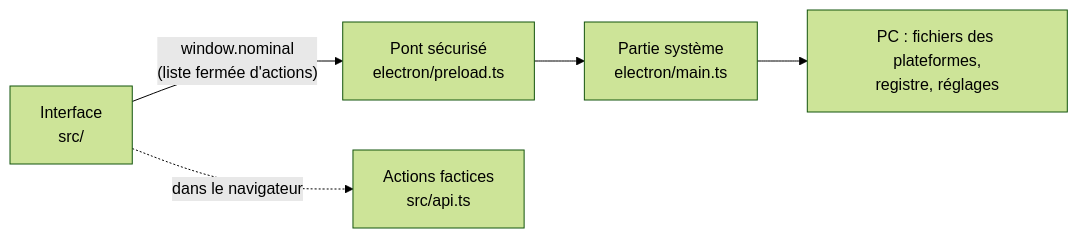
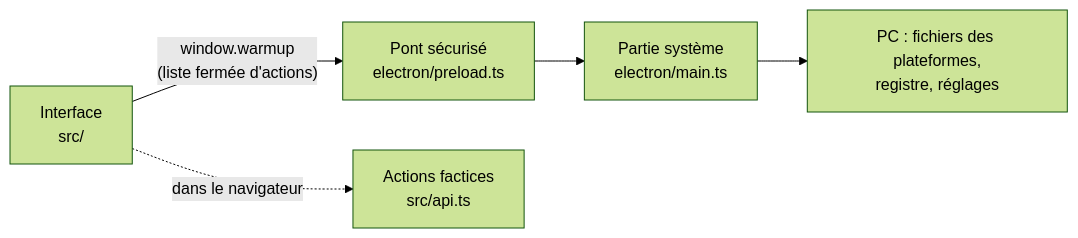
Before and after one commit to RomainVnh/warmup: the diagram in README.md, drawn with Mermaid (forest theme). The commit also changed other lines of this file and 47 other files, not shown here.

````diff
--- a/README.md
+++ b/README.md
@@ -197,7 +207,7 @@
 ```mermaid
 flowchart LR
-    A["Interface<br>src/"] -- "window.nominal<br>(liste fermée d'actions)" --> B["Pont sécurisé<br>electron/preload.ts"]
+    A["Interface<br>src/"] -- "window.warmup<br>(liste fermée d'actions)" --> B["Pont sécurisé<br>electron/preload.ts"]
     B --> C["Partie système<br>electron/main.ts"]
     C --> D["PC : fichiers des plateformes,<br>registre, réglages"]
     A -. "dans le navigateur" .-> E["Actions factices<br>src/api.ts"]
 ```
````
